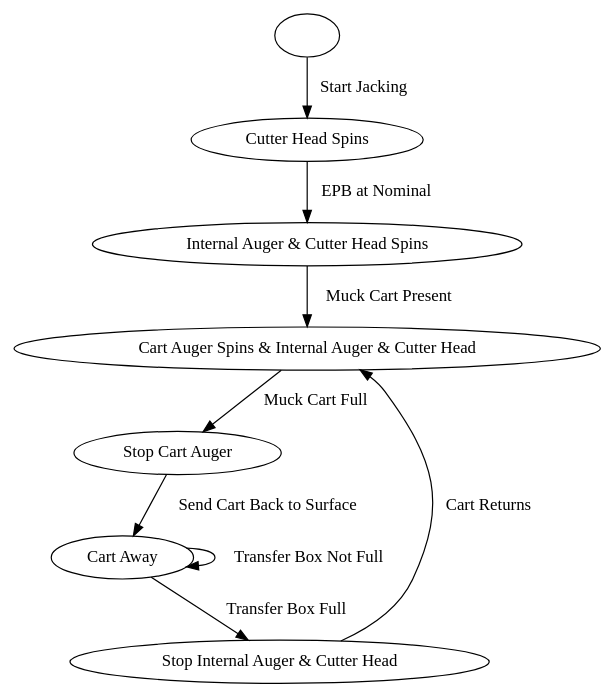
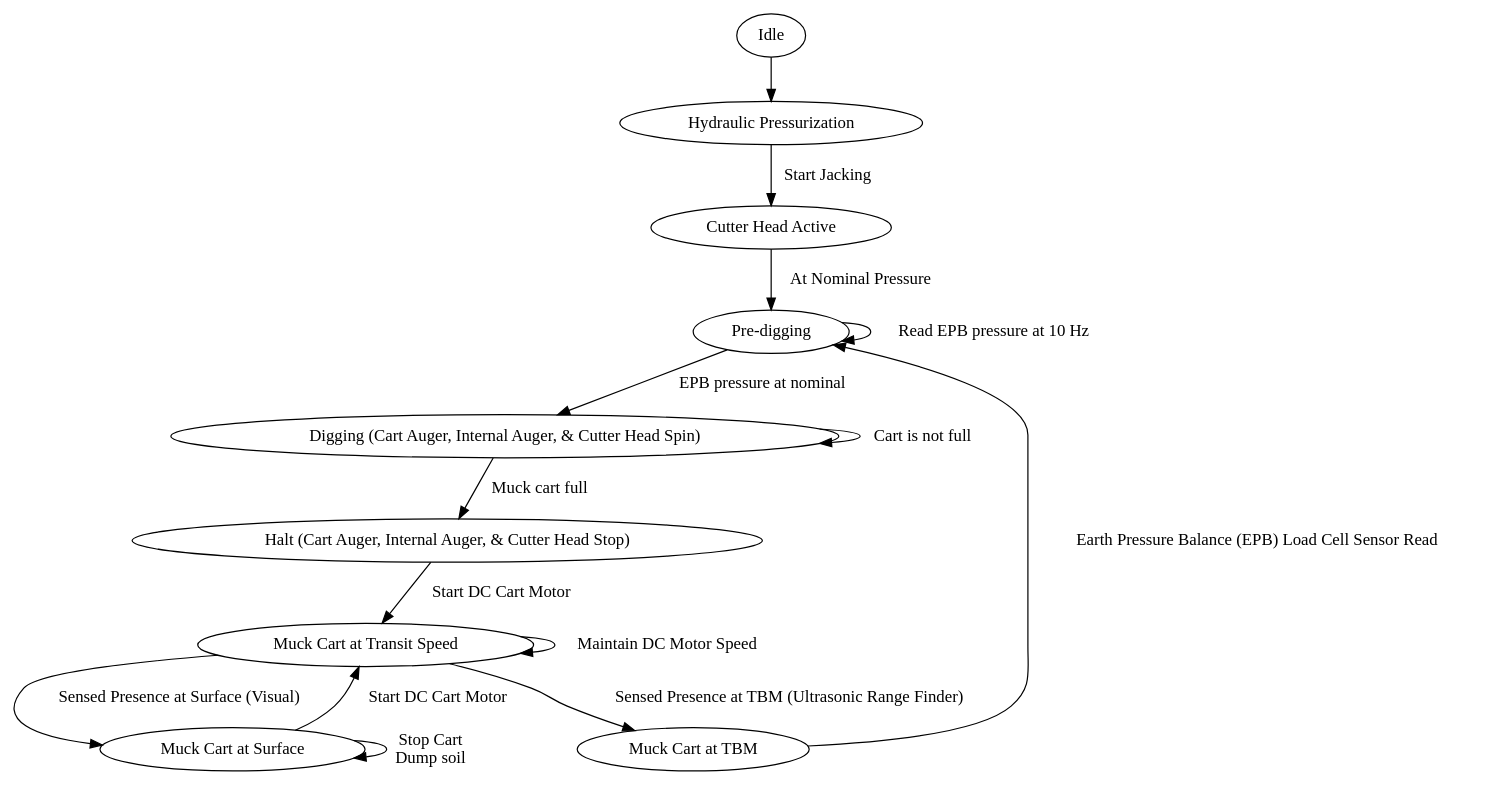
Before and after one commit to umdloop/state-machines: the diagram in tbm_2/excavation/hl_excavation_ops.dot, drawn with Graphviz. The commit also changed 16 other files, not shown here.

```diff
--- a/tbm_2/excavation/hl_excavation_ops.dot
+++ b/tbm_2/excavation/hl_excavation_ops.dot
@@ -1,17 +1,25 @@
 digraph "Excavation cutterhead-auger ops" {
-	" "
-	A [label="Cutter Head Spins"]
-	B [label="Internal Auger & Cutter Head Spins"]
-	C [label="Cart Auger Spins & Internal Auger & Cutter Head"]
-	D [label="Stop Cart Auger"]
-	E [label="Cart Away"]
-	F [label="Stop Internal Auger & Cutter Head"]
-	" " -> A [label="Start Jacking"]
-	A -> B [label="EPB at Nominal"]
-	B -> C [label="Muck Cart Present"]
-	C -> D [label="Muck Cart Full"]
-	D -> E [label="Send Cart Back to Surface"]
-	E -> E [label="Transfer Box Not Full"]
-	E -> F [label="Transfer Box Full"]
-	F -> C [label="Cart Returns"]
+	0 [label=Idle]
+	A [label="Hydraulic Pressurization"]
+	B [label="Cutter Head Active"]
+	C [label="Pre-digging"]
+	D [label="Digging (Cart Auger, Internal Auger, & Cutter Head Spin)"]
+	E [label="Halt (Cart Auger, Internal Auger, & Cutter Head Stop)"]
+	F [label="Muck Cart at Transit Speed"]
+	G [label="Muck Cart at Surface"]
+	H [label="Muck Cart at TBM"]
+	0 -> A
+	A -> B [label="Start Jacking"]
+	B -> C [label="At Nominal Pressure"]
+	C -> C [label="Read EPB pressure at 10 Hz"]
+	C -> D [label="EPB pressure at nominal"]
+	D -> D [label="Cart is not full"]
+	D -> E [label="Muck cart full"]
+	E -> F [label="Start DC Cart Motor"]
+	F -> F [label="Maintain DC Motor Speed"]
+	F -> G [label="Sensed Presence at Surface (Visual)"]
+	G -> G [label="Stop Cart\nDump soil"]
+	G -> F [label="Start DC Cart Motor"]
+	F -> H [label="Sensed Presence at TBM (Ultrasonic Range Finder)"]
+	H -> C [label="Earth Pressure Balance (EPB) Load Cell Sensor Read"]
 }
```
